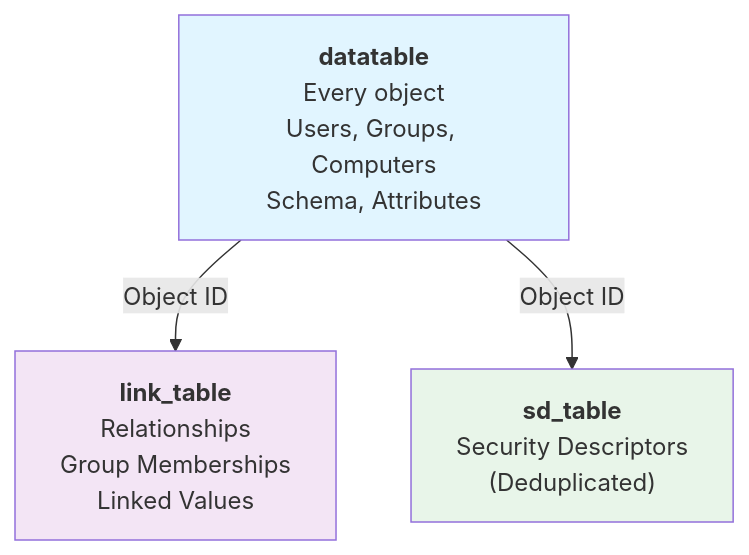
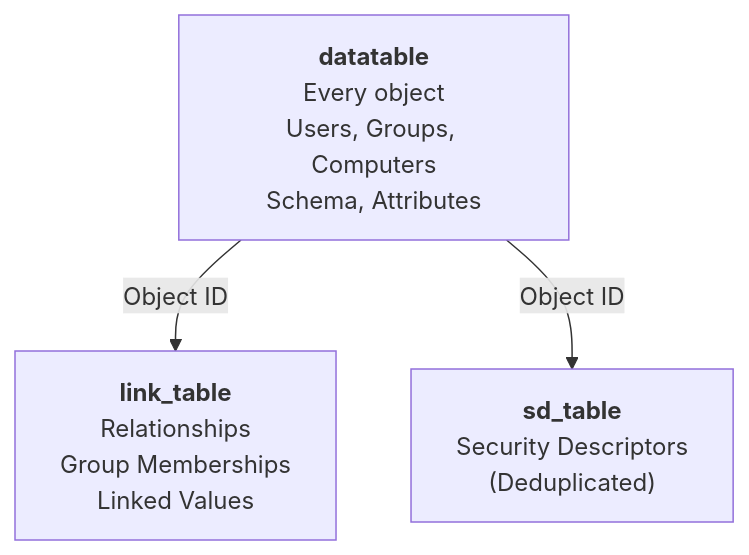
The first of 2 diagrams in _posts/2026-08-11-ditjson.md (zbalkan/zbalkan.github.io), drawn with Mermaid before and after one commit. The commit also changed other lines of this file, not shown here.

Commit message:
Removed background colors from mermaid diagrams

````diff
--- a/_posts/2026-08-11-ditjson.md
+++ b/_posts/2026-08-11-ditjson.md
@@ -25,13 +25,9 @@
 ```mermaid
 graph TB
     DT["<b>datatable</b><br/>Every object<br/>Users, Groups, Computers<br/>Schema, Attributes"]
     LT["<b>link_table</b><br/>Relationships<br/>Group Memberships<br/>Linked Values"]
     ST["<b>sd_table</b><br/>Security Descriptors<br/>(Deduplicated)"]
     
     DT -->|Object ID| LT
     DT -->|Object ID| ST
-    
-    style DT fill:#e1f5ff
-    style LT fill:#f3e5f5
-    style ST fill:#e8f5e9
 ```
````
